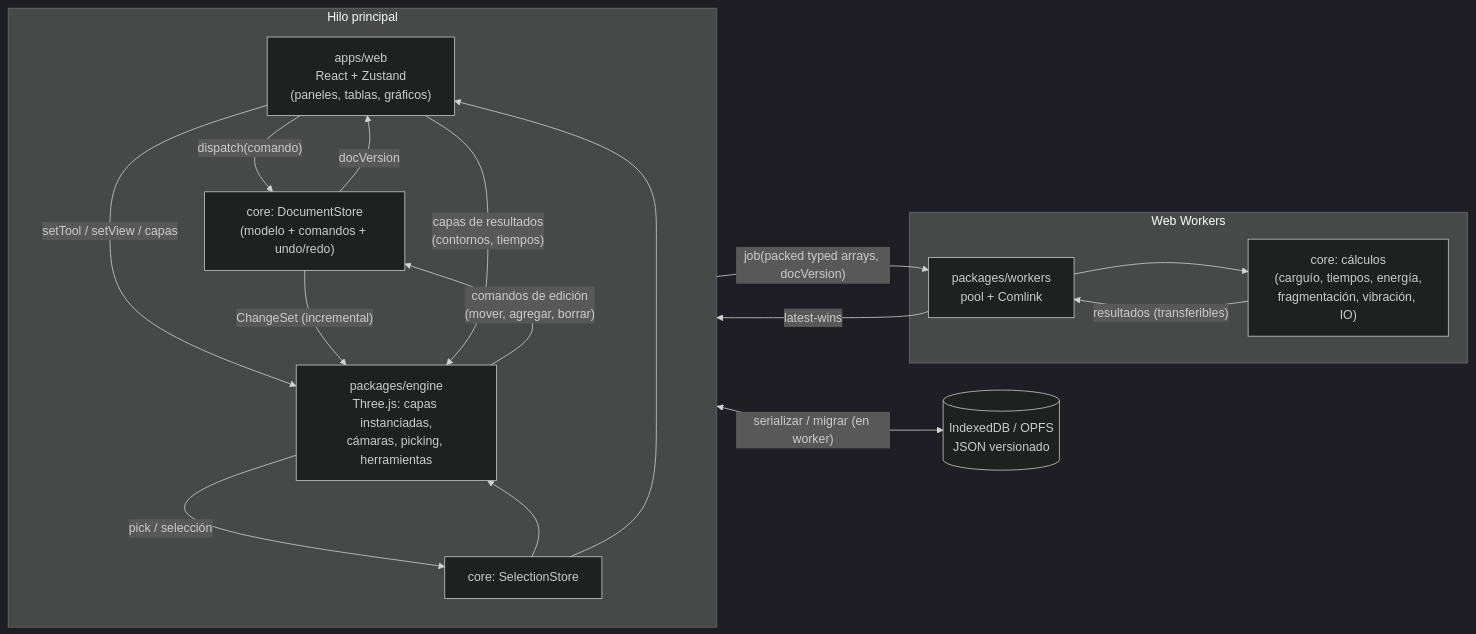
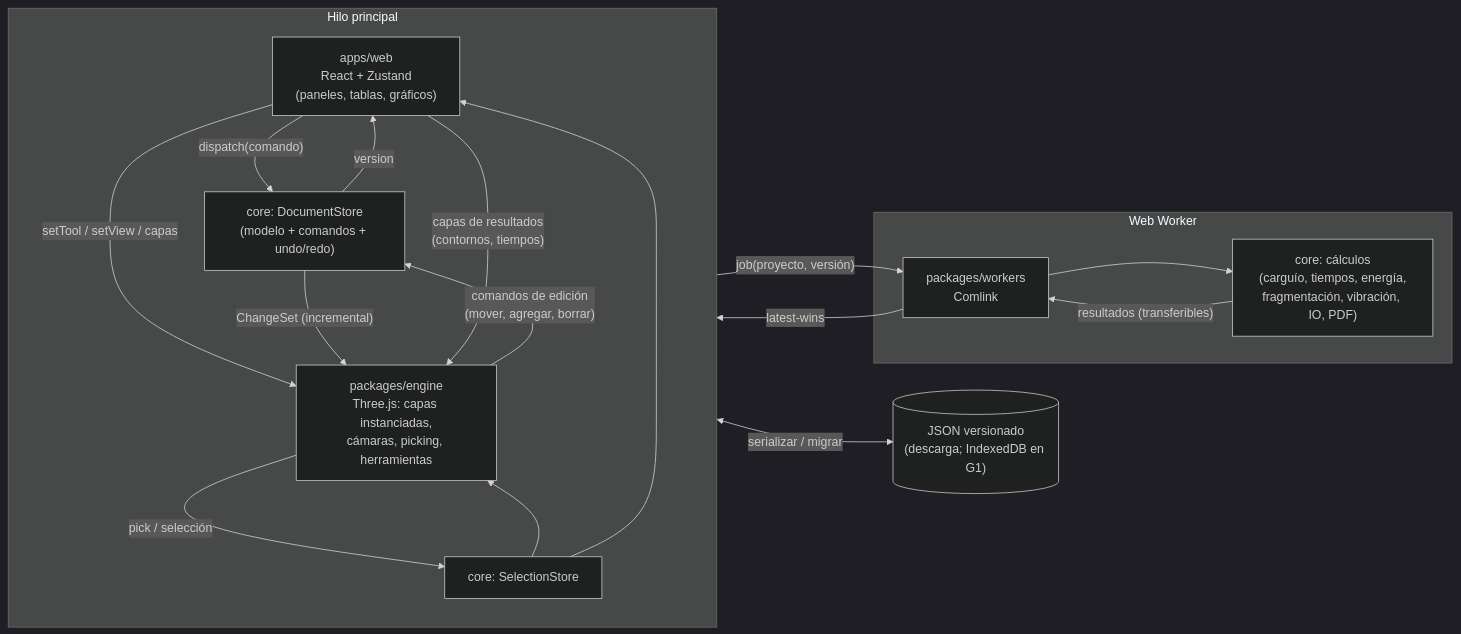
Before and after one commit to codea-uni/dna-codeauni: the diagram in docs/ARCHITECTURE.md, drawn with Mermaid (dark theme). The commit also changed other lines of this file and 28 other files, not shown here.

````diff
--- a/docs/ARCHITECTURE.md
+++ b/docs/ARCHITECTURE.md
@@ -5,30 +7,30 @@
 ```mermaid
 flowchart LR
   subgraph Main["Hilo principal"]
     direction TB
     UI["apps/web<br/>React + Zustand<br/>(paneles, tablas, gráficos)"]
     DOC["core: DocumentStore<br/>(modelo + comandos + undo/redo)"]
     SEL["core: SelectionStore"]
     ENG["packages/engine<br/>Three.js: capas instanciadas,<br/>cámaras, picking, herramientas"]
   end
-  subgraph Workers["Web Workers"]
-    POOL["packages/workers<br/>pool + Comlink"]
-    CALC["core: cálculos<br/>(carguío, tiempos, energía,<br/>fragmentación, vibración, IO)"]
+  subgraph Workers["Web Worker"]
+    API["packages/workers<br/>Comlink"]
+    CALC["core: cálculos<br/>(carguío, tiempos, energía,<br/>fragmentación, vibración, IO, PDF)"]
   end
-  STORE[("IndexedDB / OPFS<br/>JSON versionado")]
+  STORE[("JSON versionado<br/>(descarga; IndexedDB en G1)")]
 
   UI -- "dispatch(comando)" --> DOC
   UI -- "setTool / setView / capas" --> ENG
   ENG -- "comandos de edición<br/>(mover, agregar, borrar)" --> DOC
   ENG -- "pick / selección" --> SEL
   DOC -- "ChangeSet (incremental)" --> ENG
-  DOC -- "docVersion" --> UI
+  DOC -- "version" --> UI
   SEL --> ENG
   SEL --> UI
-  UI -- "job(packed typed arrays, docVersion)" --> POOL
-  POOL --> CALC
-  CALC -- "resultados (transferibles)" --> POOL
-  POOL -- "latest-wins" --> UI
+  UI -- "job(proyecto, versión)" --> API
+  API --> CALC
+  CALC -- "resultados (transferibles)" --> API
+  API -- "latest-wins" --> UI
   UI -- "capas de resultados<br/>(contornos, tiempos)" --> ENG
-  DOC <-- "serializar / migrar (en worker)" --> STORE
+  DOC <-- "serializar / migrar" --> STORE
 ```
````
